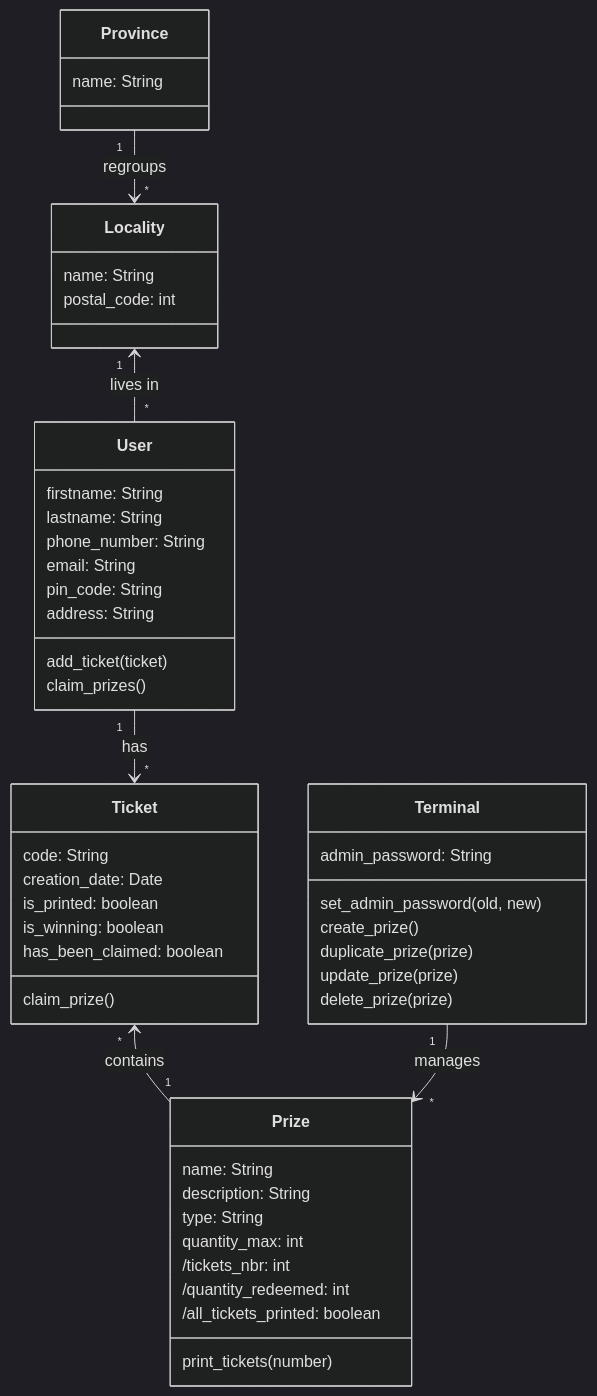
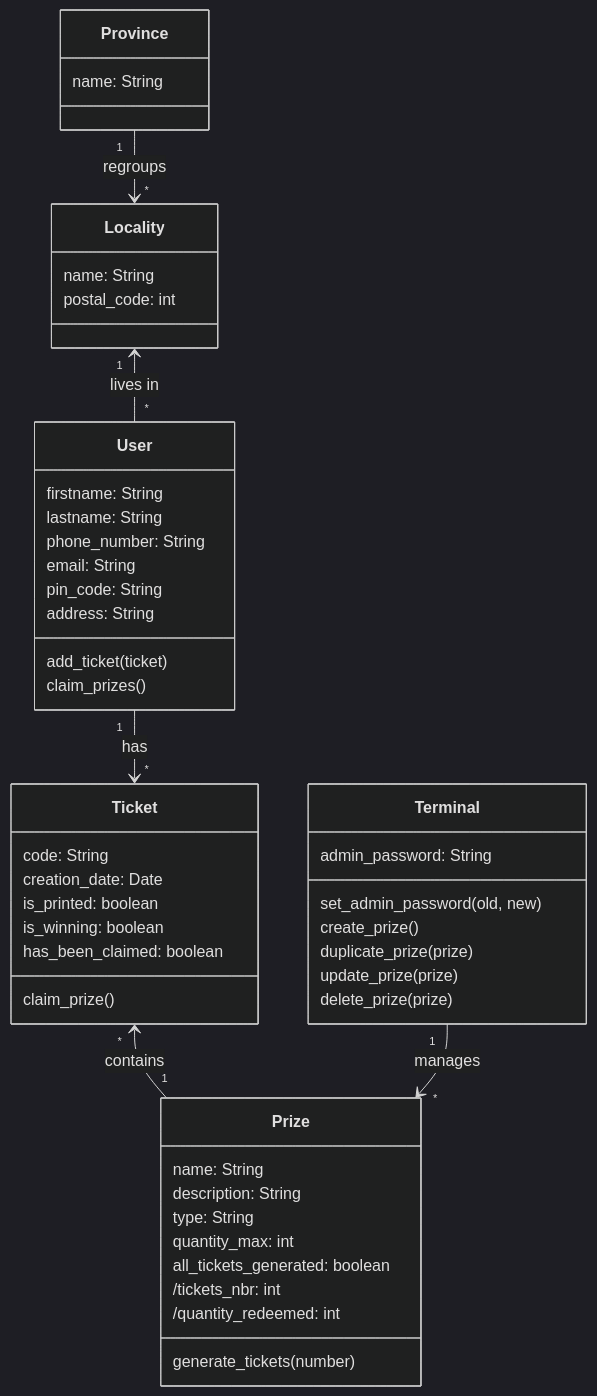
One commit to HunteRoi/bwatakado changed the diagram in docs/mermaid/Class.mermaid. Above: the diagram before and after it, drawn with Mermaid (dark theme). The commit also changed 4 other files, not shown here.

```diff
--- a/docs/mermaid/Class.mermaid
+++ b/docs/mermaid/Class.mermaid
@@ -1,60 +1,55 @@
 classDiagram
     class Terminal {
         admin_password: String
-
         set_admin_password(old, new)
         create_prize()
         duplicate_prize(prize)
         update_prize(prize)
         delete_prize(prize)
     }
 
     class Prize {
         name: String
         description: String
         type: String
         quantity_max: int
-
+        all_tickets_generated: boolean
         /tickets_nbr: int
         /quantity_redeemed: int
-        /all_tickets_printed: boolean
-
-        print_tickets(number)
+        generate_tickets(number)
     }
 
     class Ticket {
         code: String
         creation_date: Date
         is_printed: boolean
         is_winning: boolean
         has_been_claimed: boolean
-
         claim_prize()
     }
 
     class User {
         firstname: String
         lastname: String
         phone_number: String
         email: String
         pin_code: String
         address: String
-
         add_ticket(ticket)
         claim_prizes()
     }
 
     class Locality {
         name: String
         postal_code: int
     }
 
     class Province {
         name: String
     }
 
     Ticket "*" <-- "1" Prize: contains
-    User "1" --> "*" Ticket:  has
+    User "1" --> "*" Ticket: has
     Province "1" --> "*" Locality: regroups
     Locality "1" <-- "*" User: lives in
     Terminal "1" --> "*" Prize: manages
```
